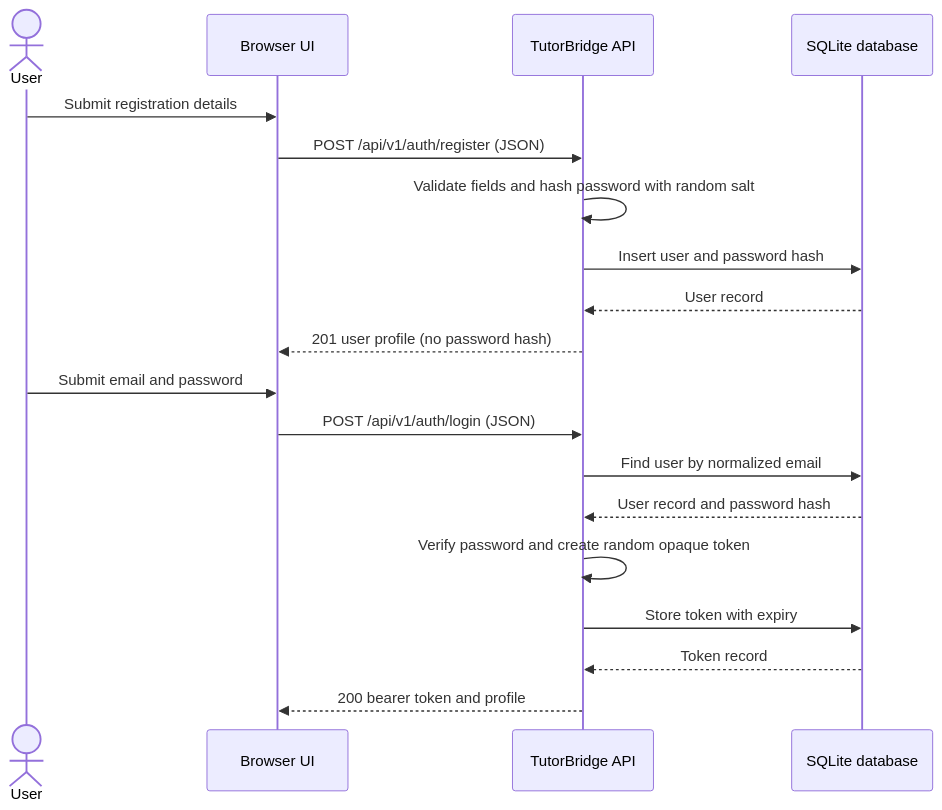
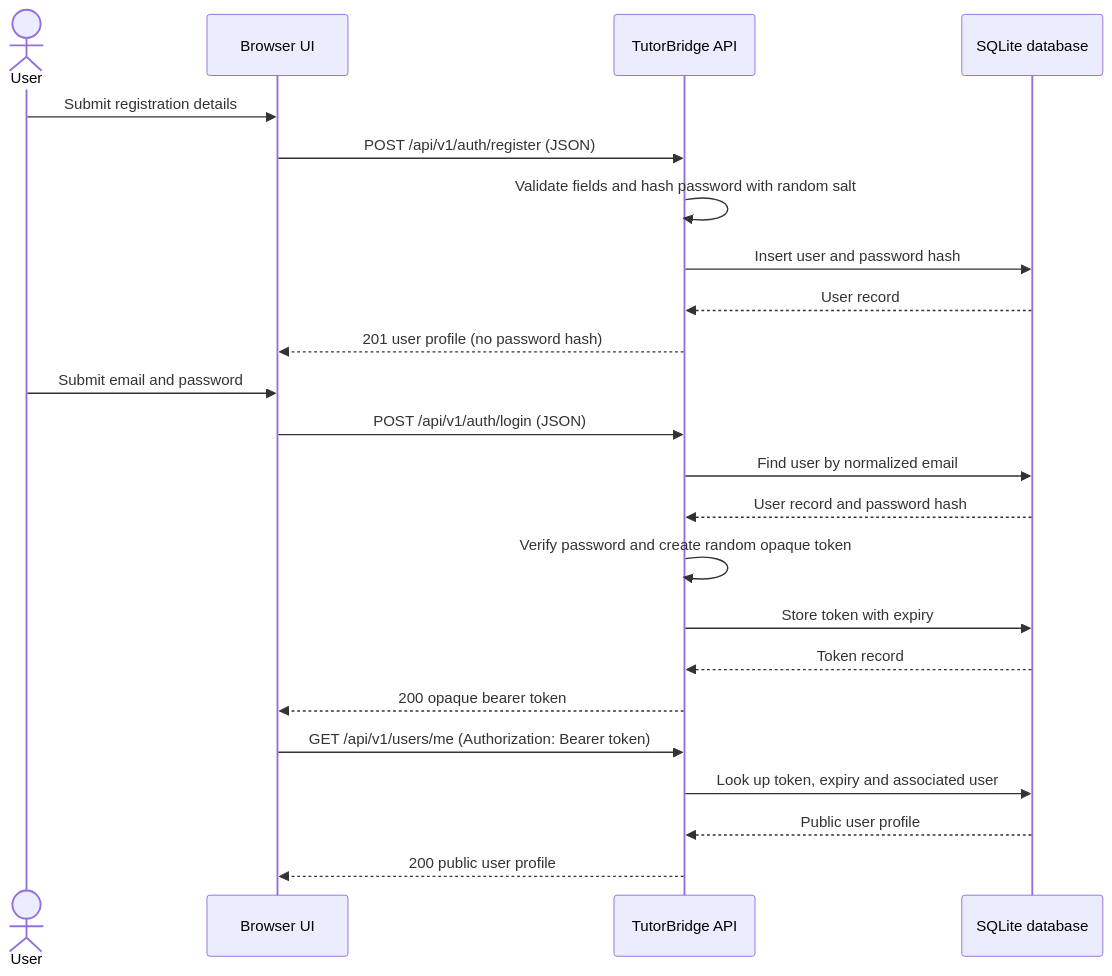
The diagram in docs/diagrams/TutorBridge-auth-sequence.mmd (Sprint-1-Software-engineering/Sprint-1), drawn with Mermaid before and after one commit. The commit also changed 7 other files, not shown here.

Commit message:
Correct architecture auth and refresh SVG diagrams

```diff
--- a/docs/diagrams/TutorBridge-auth-sequence.mmd
+++ b/docs/diagrams/TutorBridge-auth-sequence.mmd
@@ -1,19 +1,23 @@
 sequenceDiagram
   actor User
   participant Browser as Browser UI
   participant API as TutorBridge API
   participant DB as SQLite database
   User->>Browser: Submit registration details
   Browser->>API: POST /api/v1/auth/register (JSON)
   API->>API: Validate fields and hash password with random salt
   API->>DB: Insert user and password hash
   DB-->>API: User record
   API-->>Browser: 201 user profile (no password hash)
   User->>Browser: Submit email and password
   Browser->>API: POST /api/v1/auth/login (JSON)
   API->>DB: Find user by normalized email
   DB-->>API: User record and password hash
   API->>API: Verify password and create random opaque token
   API->>DB: Store token with expiry
   DB-->>API: Token record
-  API-->>Browser: 200 bearer token and profile
+  API-->>Browser: 200 opaque bearer token
+  Browser->>API: GET /api/v1/users/me (Authorization: Bearer token)
+  API->>DB: Look up token, expiry and associated user
+  DB-->>API: Public user profile
+  API-->>Browser: 200 public user profile
```
